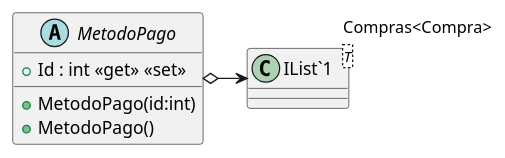
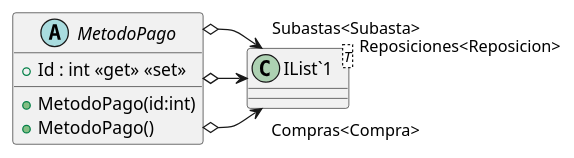
Before and after one commit to ISII2627LosNenes/ISII2627LosNenes: the diagram in src/AppForSEII.API/ClassDiagram/MetodoPago.puml, drawn with PlantUML. The commit also changed 3 other files, not shown here.

```diff
--- a/src/AppForSEII.API/ClassDiagram/MetodoPago.puml
+++ b/src/AppForSEII.API/ClassDiagram/MetodoPago.puml
@@ -1,10 +1,12 @@
 @startuml
 abstract class MetodoPago {
     + MetodoPago(id:int)
     + MetodoPago()
     + Id : int <<get>> <<set>>
 }
 class "IList`1"<T> {
 }
 MetodoPago o-> "Compras<Compra>" "IList`1"
+MetodoPago o-> "Reposiciones<Reposicion>" "IList`1"
+MetodoPago o-> "Subastas<Subasta>" "IList`1"
 @enduml
```
